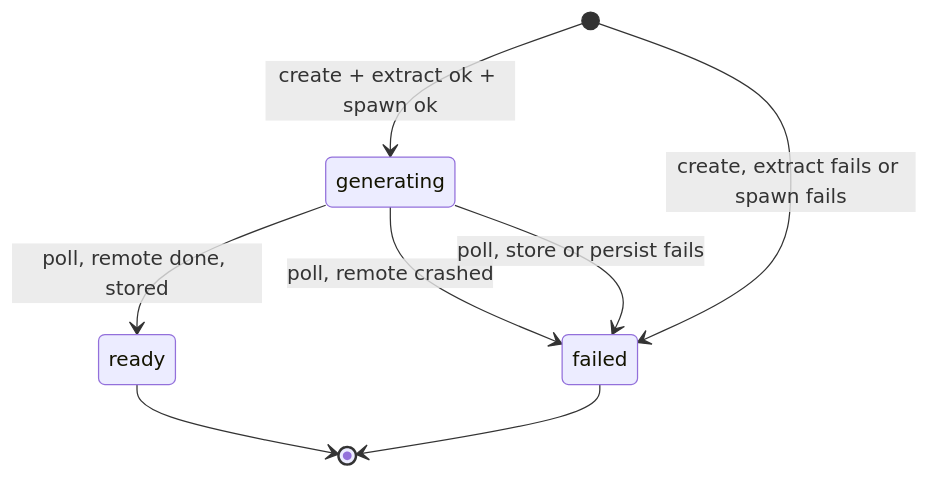
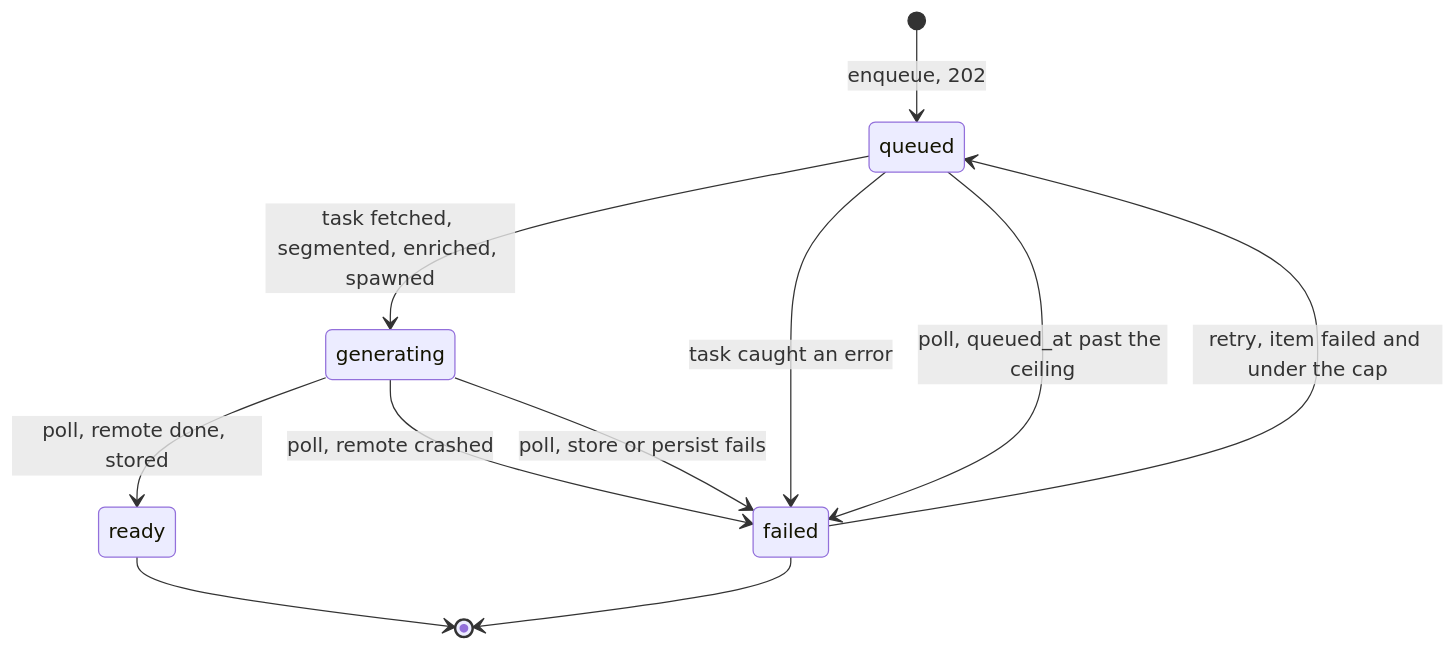
The first of 2 diagrams in docs/technical-design/item-lifecycle.md (asermax/nagara), drawn with Mermaid before and after one commit. The commit also changed other lines of this file and 1 other file, not shown here.

First line of the commit message:
docs(technical-design): document the queued item lifecycle

````diff
--- a/docs/technical-design/item-lifecycle.md
+++ b/docs/technical-design/item-lifecycle.md
@@ -32,10 +35,13 @@
 ```mermaid
 stateDiagram-v2
-    [*] --> generating: create + extract ok + spawn ok
+    [*] --> queued: enqueue, 202
+    queued --> generating: task fetched, segmented, enriched, spawned
+    queued --> failed: task caught an error
+    queued --> failed: poll, queued_at past the ceiling
     generating --> ready: poll, remote done, stored
     generating --> failed: poll, remote crashed
     generating --> failed: poll, store or persist fails
-    [*] --> failed: create, extract fails or spawn fails
+    failed --> queued: retry, item failed and under the cap
     ready --> [*]
     failed --> [*]
 ```
````
